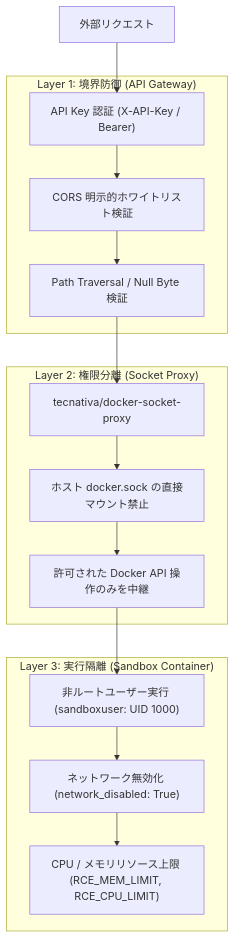
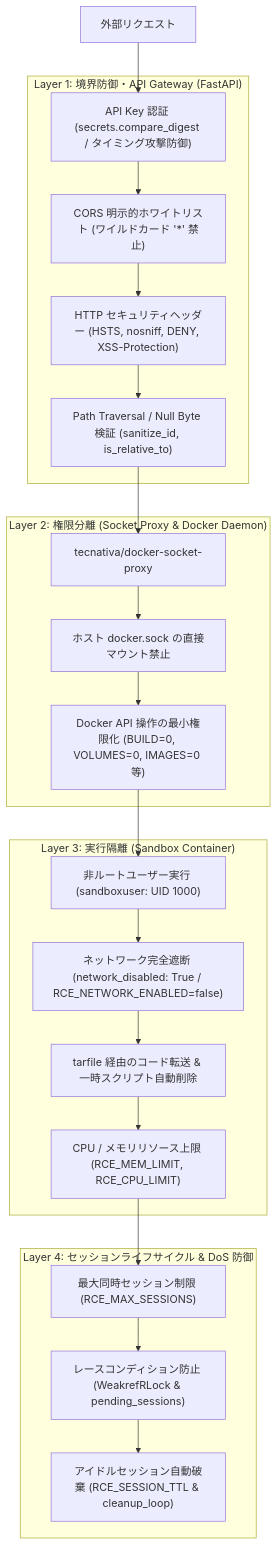
Before and after one commit to chottokun/LibreChat_with_local_CI: the diagram in docs/architecture/security.md, drawn with Mermaid. The commit also changed other lines of this file and 13 other files, not shown here.

````diff
--- a/docs/architecture/security.md
+++ b/docs/architecture/security.md
@@ -22,30 +25,43 @@
 ```mermaid
 graph TD
-    subgraph "Layer 1: 境界防御 (API Gateway)"
-        L1_1["API Key 認証 (X-API-Key / Bearer)"]
-        L1_2["CORS 明示的ホワイトリスト検証"]
-        L1_3["Path Traversal / Null Byte 検証"]
+    subgraph "Layer 1: 境界防御・API Gateway (FastAPI)"
+        L1_1["API Key 認証 (secrets.compare_digest / タイミング攻撃防御)"]
+        L1_2["CORS 明示的ホワイトリスト (ワイルドカード '*' 禁止)"]
+        L1_3["HTTP セキュリティヘッダー (HSTS, nosniff, DENY, XSS-Protection)"]
+        L1_4["Path Traversal / Null Byte 検証 (sanitize_id, is_relative_to)"]
     end
 
-    subgraph "Layer 2: 権限分離 (Socket Proxy)"
+    subgraph "Layer 2: 権限分離 (Socket Proxy & Docker Daemon)"
         L2_1["tecnativa/docker-socket-proxy"]
         L2_2["ホスト docker.sock の直接マウント禁止"]
-        L2_3["許可された Docker API 操作のみを中継"]
+        L2_3["Docker API 操作の最小権限化 (BUILD=0, VOLUMES=0, IMAGES=0 等)"]
     end
 
     subgraph "Layer 3: 実行隔離 (Sandbox Container)"
         L3_1["非ルートユーザー実行 (sandboxuser: UID 1000)"]
-        L3_2["ネットワーク無効化 (network_disabled: True)"]
-        L3_3["CPU / メモリリソース上限 (RCE_MEM_LIMIT, RCE_CPU_LIMIT)"]
+        L3_2["ネットワーク完全遮断 (network_disabled: True / RCE_NETWORK_ENABLED=false)"]
+        L3_3["tarfile 経由のコード転送 & 一時スクリプト自動削除"]
+        L3_4["CPU / メモリリソース上限 (RCE_MEM_LIMIT, RCE_CPU_LIMIT)"]
+    end
+
+    subgraph "Layer 4: セッションライフサイクル & DoS 防御"
+        L4_1["最大同時セッション制限 (RCE_MAX_SESSIONS)"]
+        L4_2["レースコンディション防止 (WeakrefRLock & pending_sessions)"]
+        L4_3["アイドルセッション自動破棄 (RCE_SESSION_TTL & cleanup_loop)"]
     end
 
     Client["外部リクエスト"] --> L1_1
     L1_1 --> L1_2
     L1_2 --> L1_3
-    L1_3 --> L2_1
+    L1_3 --> L1_4
+    L1_4 --> L2_1
     L2_1 --> L2_2
     L2_2 --> L2_3
     L2_3 --> L3_1
     L3_1 --> L3_2
     L3_2 --> L3_3
+    L3_3 --> L3_4
+    L3_4 --> L4_1
+    L4_1 --> L4_2
+    L4_2 --> L4_3
 ```
````
